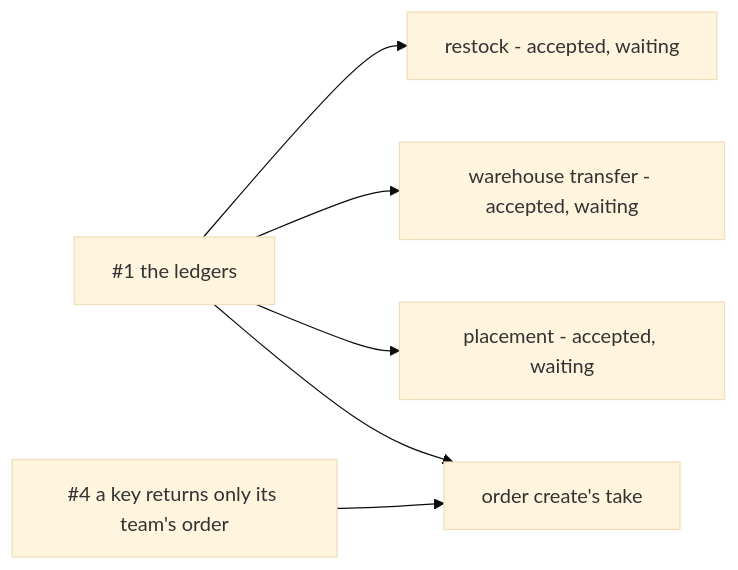
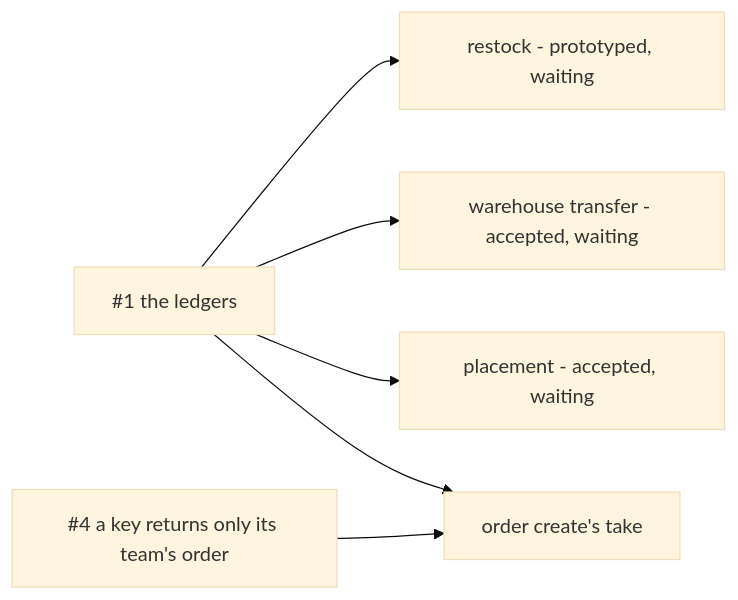
One commit to pdcgo/warehouse_revamp changed the diagram in docs/biggest_question.md. Above: the diagram before and after it, drawn with Mermaid (base theme). The commit also changed other lines of this file and 11 other files, not shown here.

````diff
--- a/docs/biggest_question.md
+++ b/docs/biggest_question.md
@@ -63,8 +71,8 @@
 ```mermaid
 flowchart LR
-  L["#1 the ledgers"] --> R["restock - accepted, waiting"]
+  L["#1 the ledgers"] --> R["restock - prototyped, waiting"]
   L --> T["warehouse transfer - accepted, waiting"]
   L --> P["placement - accepted, waiting"]
   L --> O["order create's take"]
   K["#4 a key returns only its team's order"] --> O
 ```
````
